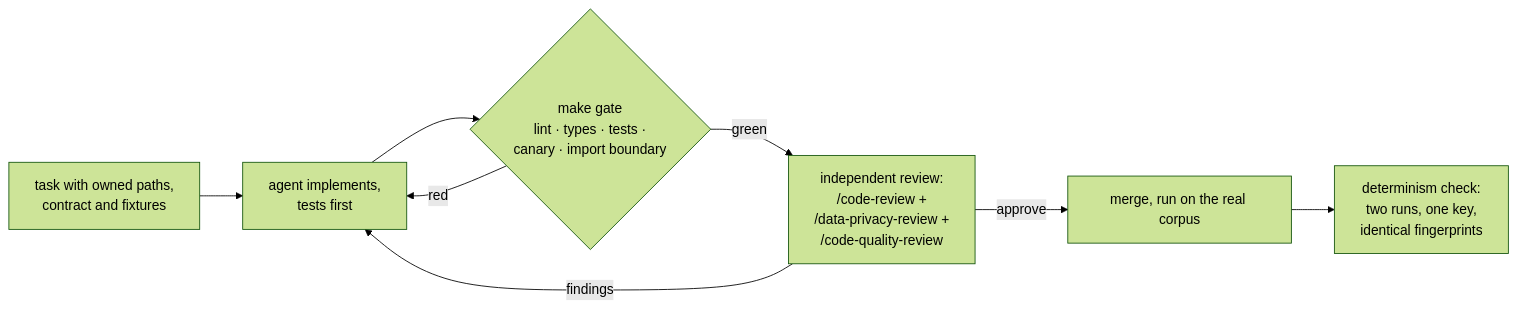
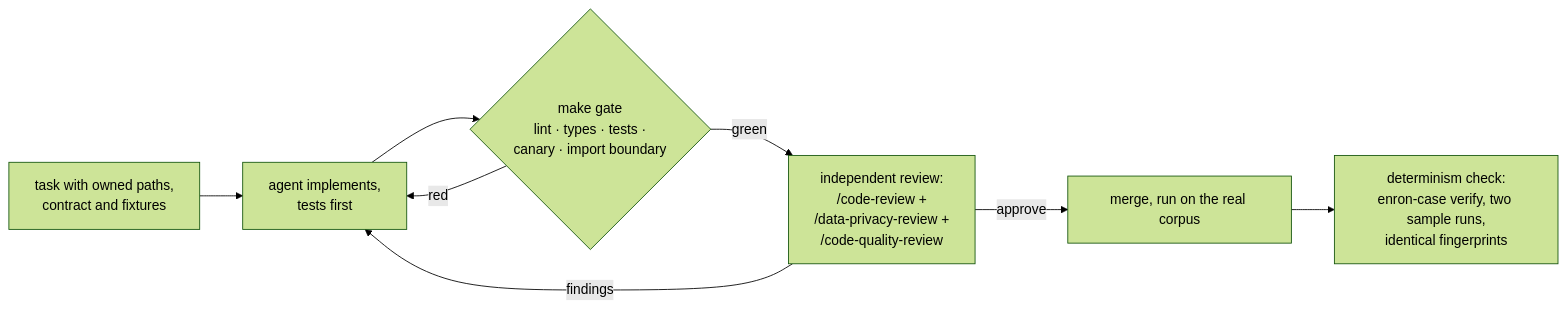
The sixth of 8 diagrams in docs/technical-overview.md (marcusvieira88/network-science), drawn with Mermaid (forest theme) before and after one commit. The commit also changed other lines of this file, not shown here.

````diff
--- a/docs/technical-overview.md
+++ b/docs/technical-overview.md
@@ -597,10 +631,10 @@
 ```mermaid
 flowchart LR
     T["task with owned paths,<br/>contract and fixtures"] --> A["agent implements,<br/>tests first"]
     A --> G{"make gate<br/>lint · types · tests ·<br/>canary · import boundary"}
     G -- red --> A
     G -- green --> R["independent review:<br/>/code-review +<br/>/data-privacy-review +<br/>/code-quality-review"]
     R -- findings --> A
     R -- approve --> M["merge, run on the real corpus"]
-    M --> D["determinism check:<br/>two runs, one key,<br/>identical fingerprints"]
+    M --> D["determinism check:<br/>enron-case verify, two sample runs,<br/>identical fingerprints"]
 ```
````
